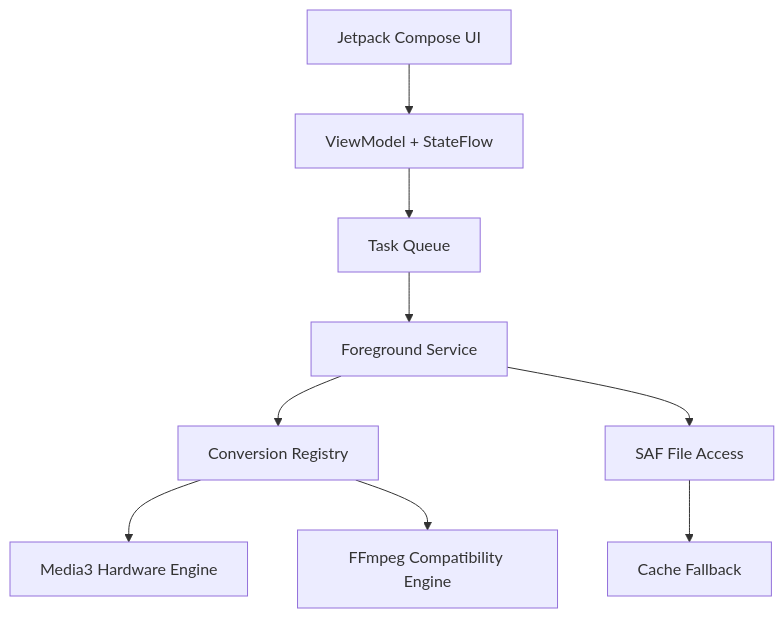
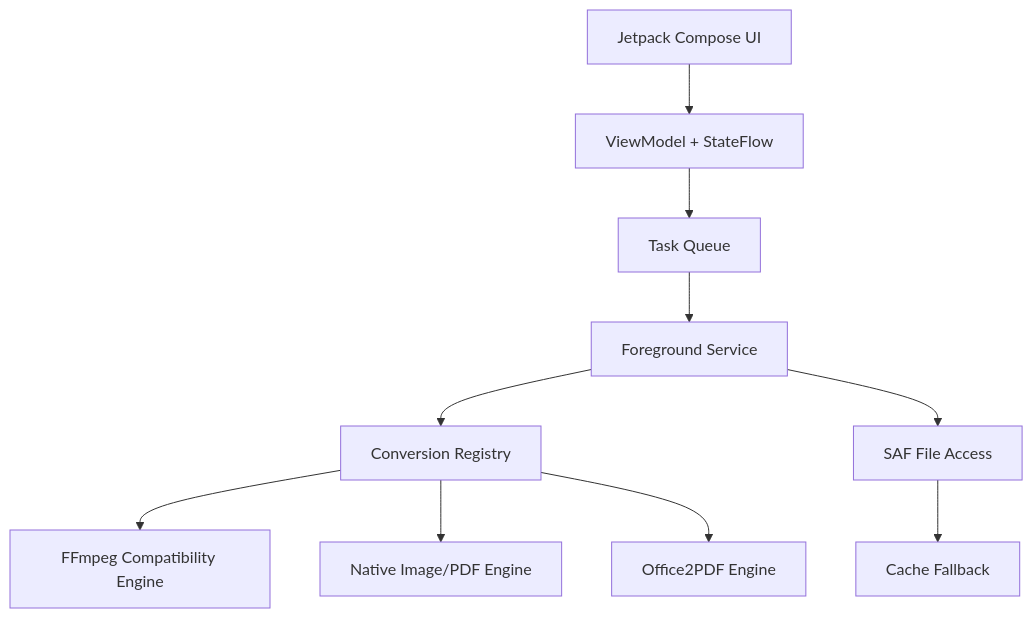
Before and after one commit to Jasonzhu1207/ZenConverter: the diagram in docs/architecture.md, drawn with Mermaid. The commit also changed other lines of this file and 24 other files, not shown here.

````diff
--- a/docs/architecture.md
+++ b/docs/architecture.md
@@ -6,21 +6,23 @@
 ```mermaid
 flowchart TD
     UI["Jetpack Compose UI"]
     VM["ViewModel + StateFlow"]
     Queue["Task Queue"]
     Service["Foreground Service"]
     Registry["Conversion Registry"]
-    Media3["Media3 Hardware Engine"]
     FFmpeg["FFmpeg Compatibility Engine"]
+    Native["Native Image/PDF Engine"]
+    Office["Office2PDF Engine"]
     Files["SAF File Access"]
     Cache["Cache Fallback"]
 
     UI --> VM
     VM --> Queue
     Queue --> Service
     Service --> Registry
-    Registry --> Media3
     Registry --> FFmpeg
+    Registry --> Native
+    Registry --> Office
     Service --> Files
     Files --> Cache
 ```
````
